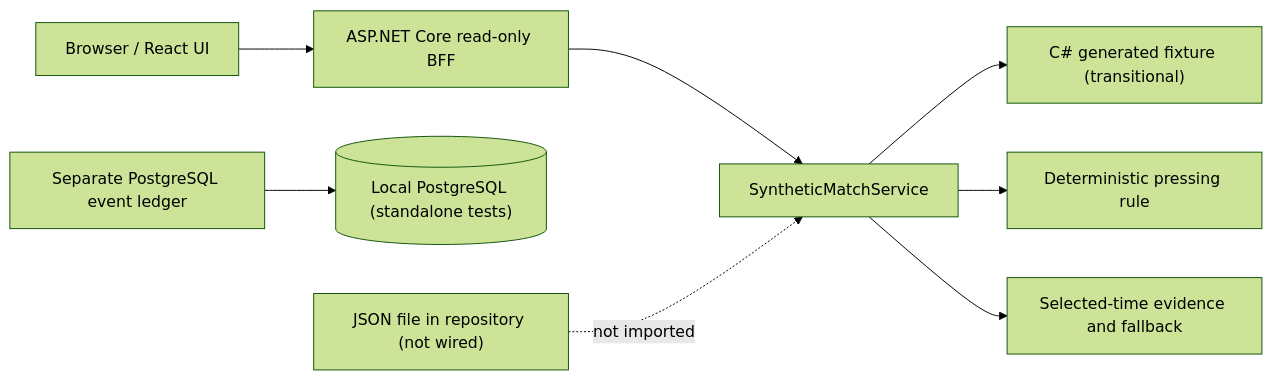
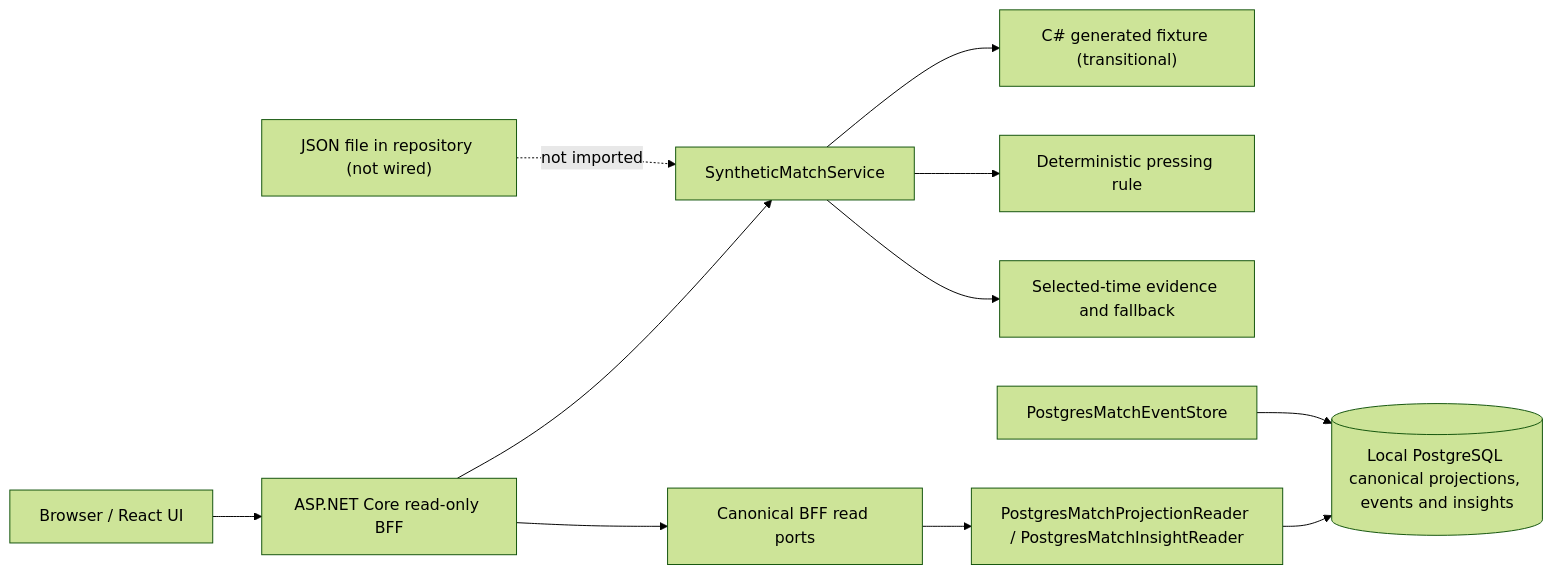
One commit to prateekgangopadhyay/PitchMind changed the first of 2 diagrams in docs/architecture/02-container.md. Above: the diagram before and after it, drawn with Mermaid (forest theme). The commit also changed other lines of this file and 23 other files, not shown here.

Commit message:
feat(EP06-S01): add canonical match BFF contracts

````diff
--- a/docs/architecture/02-container.md
+++ b/docs/architecture/02-container.md
@@ -7,10 +7,13 @@
 ```mermaid
 flowchart LR
   U["Browser / React UI"] --> A["ASP.NET Core read-only BFF"]
   A --> S["SyntheticMatchService"]
   S --> G["C# generated fixture (transitional)"]
   S --> T["Deterministic pressing rule"]
   S --> E["Selected-time evidence and fallback"]
-  L["Separate PostgreSQL event ledger"] --> P[("Local PostgreSQL (standalone tests)")]
+  A --> R["Canonical BFF read ports"]
+  R --> P["PostgresMatchProjectionReader / PostgresMatchInsightReader"]
+  P --> DB[("Local PostgreSQL canonical projections, events and insights")]
+  L["PostgresMatchEventStore"] --> DB
   J["JSON file in repository (not wired)"] -. "not imported" .-> S
 ```
````
